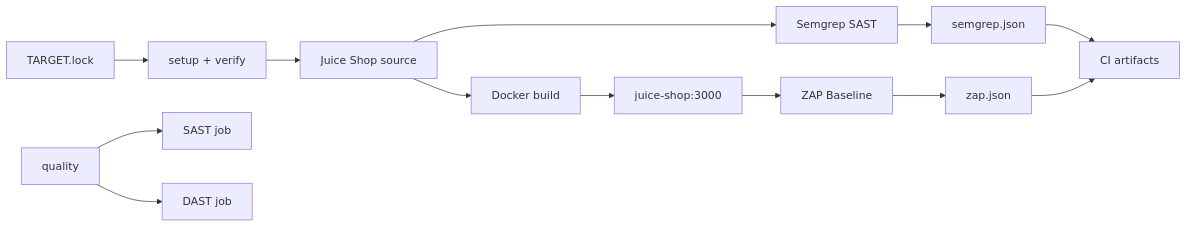
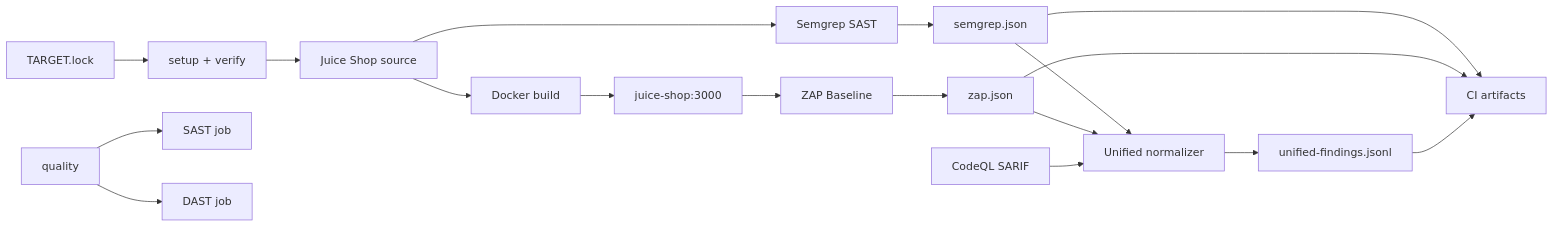
The diagram in docs/architecture.md (HuanNT03/2026-08-22_NguyenTienHuan_Week6), drawn with Mermaid before and after one commit. The commit also changed other lines of this file and 8 other files, not shown here.

Commit message:
ci(normalizer): publish unified findings artifacts

````diff
--- a/docs/architecture.md
+++ b/docs/architecture.md
@@ -13,15 +13,20 @@
 ```mermaid
 flowchart LR
   Lock[TARGET.lock] --> Setup[setup + verify]
   Setup --> Source[Juice Shop source]
   Source --> Semgrep[Semgrep SAST]
   Source --> Image[Docker build]
   Image --> App[juice-shop:3000]
   App --> ZAP[ZAP Baseline]
   Semgrep --> SRaw[semgrep.json]
   ZAP --> ZRaw[zap.json]
+  SRaw --> Normalize[Unified normalizer]
+  ZRaw --> Normalize
+  CodeQL[CodeQL SARIF] --> Normalize
+  Normalize --> Unified[unified-findings.jsonl]
   SRaw --> Artifacts[CI artifacts]
   ZRaw --> Artifacts
+  Unified --> Artifacts
   Quality[quality] --> SemgrepJob[SAST job]
   Quality --> DASTJob[DAST job]
 ```
````
